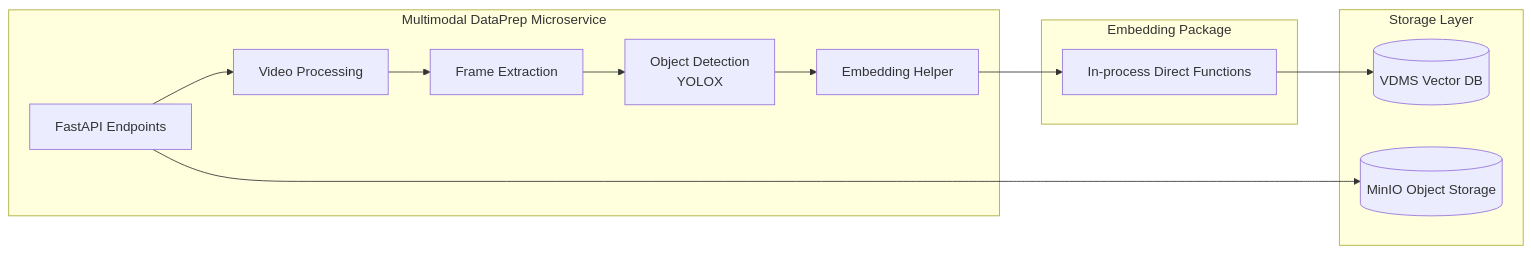
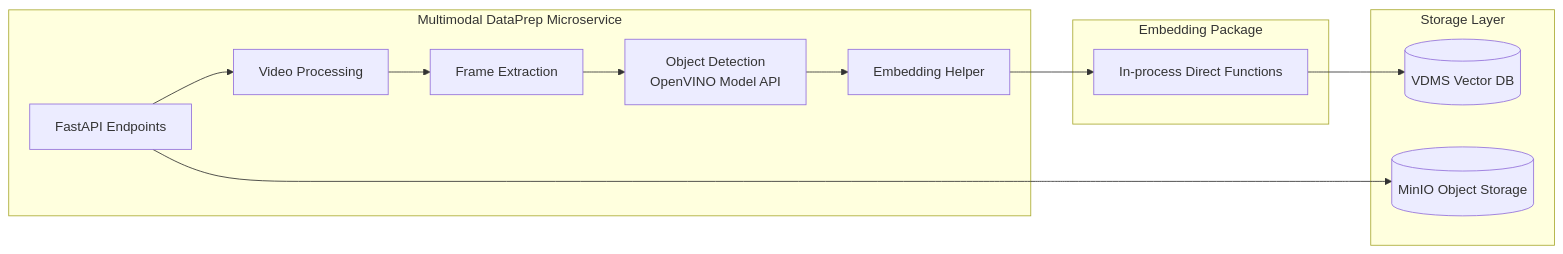
The tenth of 10 diagrams in microservices/visual-data-preparation-for-retrieval/multimodal-dataprep/docs/user-guide/how-it-works-ingestion-flow.md (open-edge-platform/edge-ai-libraries), drawn with Mermaid before and after one commit. The commit also changed other lines of this file and 312 other files, not shown here.

````diff
--- a/microservices/visual-data-preparation-for-retrieval/multimodal-dataprep/docs/user-guide/how-it-works-ingestion-flow.md
+++ b/microservices/visual-data-preparation-for-retrieval/multimodal-dataprep/docs/user-guide/how-it-works-ingestion-flow.md
@@ -684,24 +683,24 @@
 ```mermaid
 graph LR
     subgraph "Multimodal DataPrep Microservice"
         A[FastAPI Endpoints] --> B[Video Processing]
         B --> C[Frame Extraction]
-        C --> D[Object Detection<br/>YOLOX]
+        C --> D[Object Detection<br/>OpenVINO Model API]
         D --> E[Embedding Helper]
     end
 
     subgraph "Embedding Package"
         G[In-process Direct Functions]
     end
 
     subgraph "Storage Layer"
         H[(VDMS Vector DB)]
         I[(MinIO Object Storage)]
     end
 
     E --> G
     G --> H
     A --> I
 
 
 ```
````
